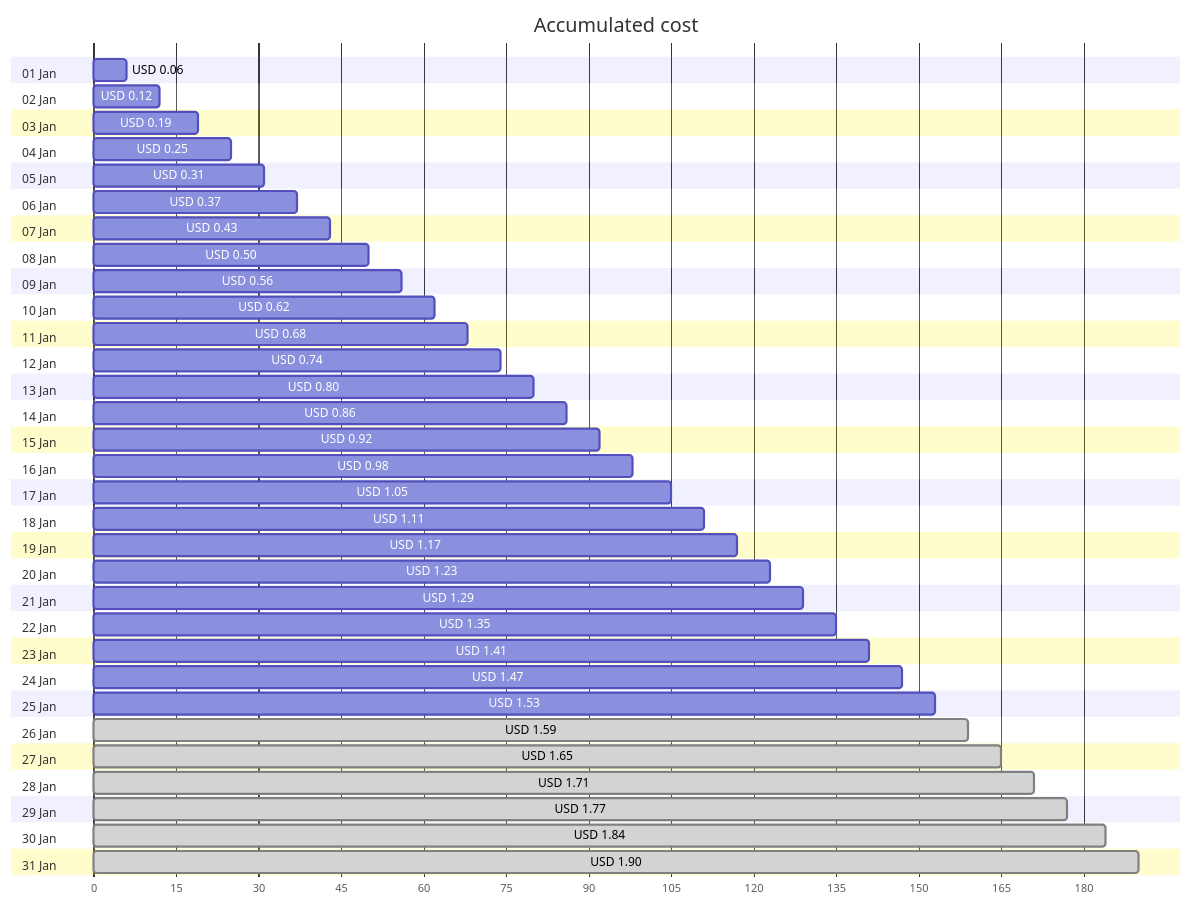
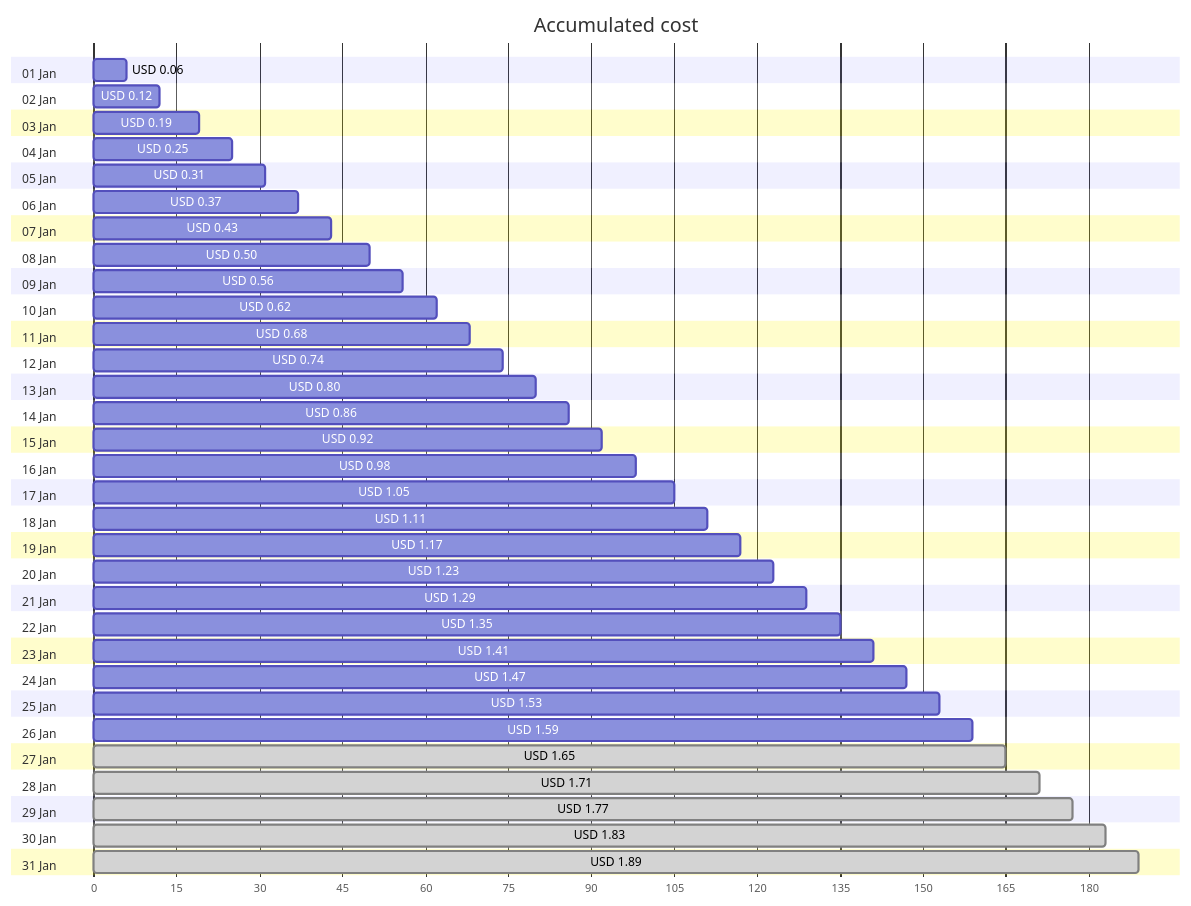
Before and after one commit to jpfulton/azure-personal-reports: the first of 4 diagrams in cost-reports/personal-network/backup-server_OsDisk.md, drawn with Mermaid. The commit also changed other lines of this file and 8 other files, not shown here.

````diff
--- a/cost-reports/personal-network/backup-server_OsDisk.md
+++ b/cost-reports/personal-network/backup-server_OsDisk.md
@@ -20,68 +20,68 @@
 ```mermaid
 gantt
    title Accumulated cost
    dateFormat  X
    axisFormat %s
    section 01 Jan
    USD 0.06 :0, 6
    section 02 Jan
    USD 0.12 :0, 12
    section 03 Jan
    USD 0.19 :0, 19
    section 04 Jan
    USD 0.25 :0, 25
    section 05 Jan
    USD 0.31 :0, 31
    section 06 Jan
    USD 0.37 :0, 37
    section 07 Jan
    USD 0.43 :0, 43
    section 08 Jan
    USD 0.50 :0, 50
    section 09 Jan
    USD 0.56 :0, 56
    section 10 Jan
    USD 0.62 :0, 62
    section 11 Jan
    USD 0.68 :0, 68
    section 12 Jan
    USD 0.74 :0, 74
    section 13 Jan
    USD 0.80 :0, 80
    section 14 Jan
    USD 0.86 :0, 86
    section 15 Jan
    USD 0.92 :0, 92
    section 16 Jan
    USD 0.98 :0, 98
    section 17 Jan
    USD 1.05 :0, 105
    section 18 Jan
    USD 1.11 :0, 111
    section 19 Jan
    USD 1.17 :0, 117
    section 20 Jan
    USD 1.23 :0, 123
    section 21 Jan
    USD 1.29 :0, 129
    section 22 Jan
    USD 1.35 :0, 135
    section 23 Jan
    USD 1.41 :0, 141
    section 24 Jan
    USD 1.47 :0, 147
    section 25 Jan
    USD 1.53 :0, 153
    section 26 Jan
-   USD 1.59 : done, 0, 159
+   USD 1.59 :0, 159
    section 27 Jan
    USD 1.65 : done, 0, 165
    section 28 Jan
    USD 1.71 : done, 0, 171
    section 29 Jan
    USD 1.77 : done, 0, 177
    section 30 Jan
-   USD 1.84 : done, 0, 184
+   USD 1.83 : done, 0, 183
    section 31 Jan
-   USD 1.90 : done, 0, 190
+   USD 1.89 : done, 0, 189
 ```
````
